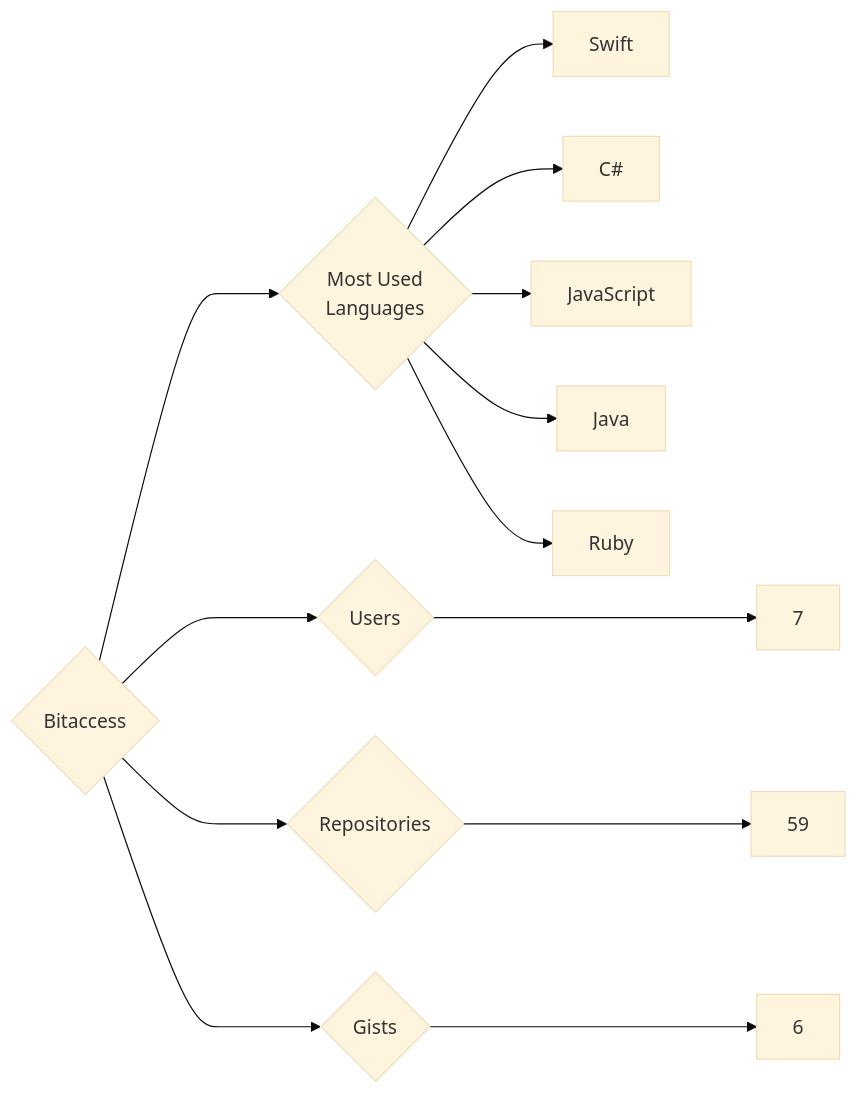
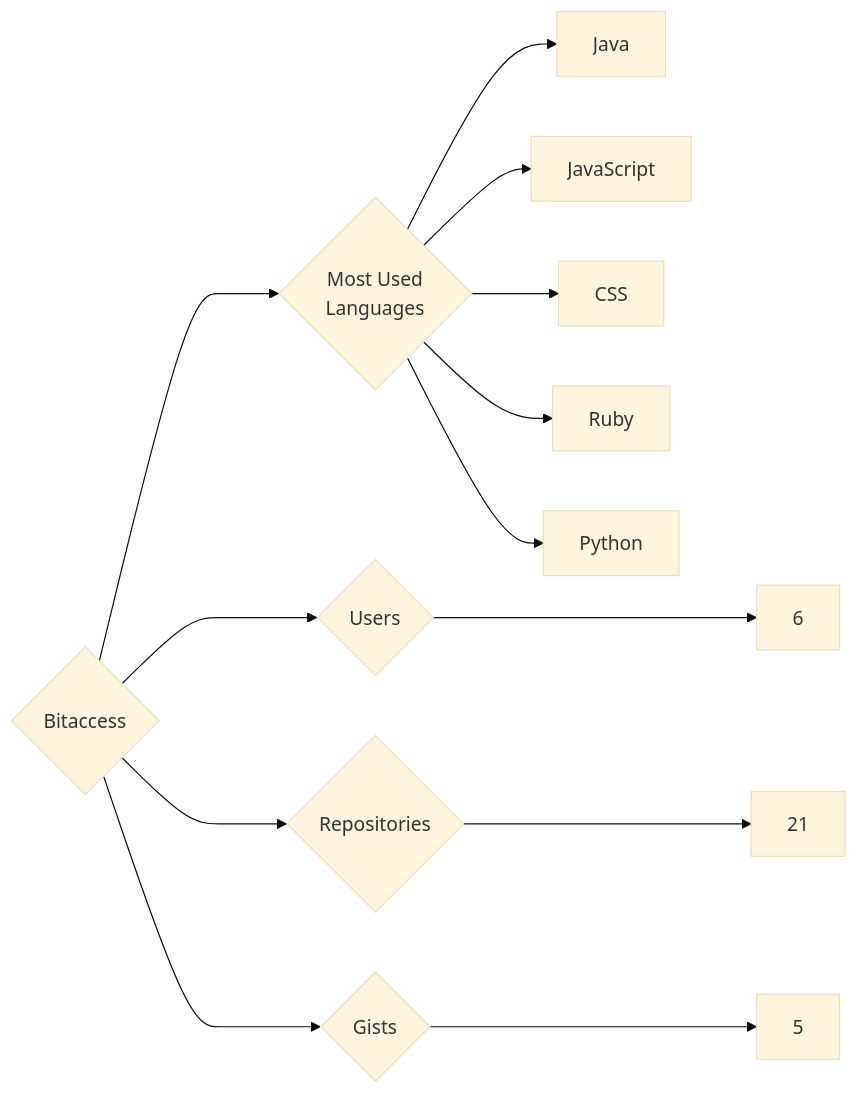
One commit to trickest/insiders changed the diagram in targets/Bitaccess/README.md. Above: the diagram before and after it, drawn with Mermaid (base theme). The commit also changed 880 other files, not shown here.

````diff
--- a/targets/Bitaccess/README.md
+++ b/targets/Bitaccess/README.md
@@ -3,13 +3,13 @@
 ```mermaid
 graph LR
 COMPANY_NAME{Bitaccess}
-COMPANY_NAME ---> U{Users} ---> UN[7]
-COMPANY_NAME ---> R{Repositories} ---> RN[59]
-COMPANY_NAME ---> G{Gists} ---> GN[6]
+COMPANY_NAME ---> U{Users} ---> UN[6]
+COMPANY_NAME ---> R{Repositories} ---> RN[21]
+COMPANY_NAME ---> G{Gists} ---> GN[5]
 COMPANY_NAME ---> ML{Most Used<br>Languages}
-ML --> Swift[Swift]
-ML --> C#[C#]
+ML --> Java[Java]
 ML --> JavaScript[JavaScript]
-ML --> Java[Java]
+ML --> CSS[CSS]
 ML --> Ruby[Ruby]
+ML --> Python[Python]
 ```
````
